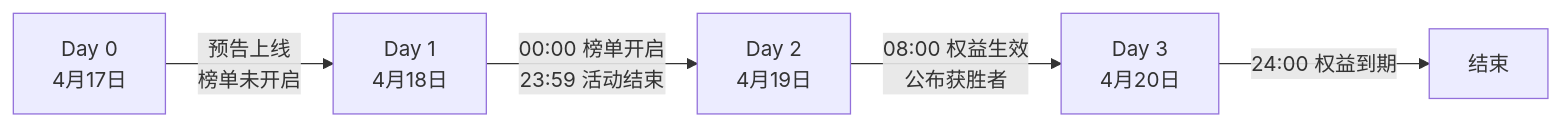
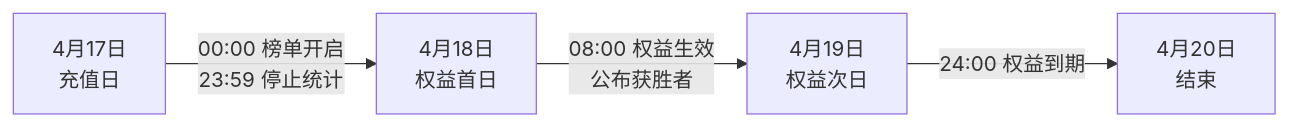
Before and after one commit to covetworld-png/dinoisland: the first of 3 diagrams in src/campaign/pages/005-01-monthly-recharge-king/PRD.md, drawn with Mermaid. The commit also changed other lines of this file, not shown here.

````diff
--- a/src/campaign/pages/005-01-monthly-recharge-king/PRD.md
+++ b/src/campaign/pages/005-01-monthly-recharge-king/PRD.md
@@ -24,7 +24,6 @@
 ```mermaid
 flowchart LR
-    A[Day 0<br/>4月17日] -->|预告上线<br/>榜单未开启| B[Day 1<br/>4月18日]
-    B -->|00:00 榜单开启<br/>23:59 活动结束| C[Day 2<br/>4月19日]
-    C -->|08:00 权益生效<br/>公布获胜者| D[Day 3<br/>4月20日]
-    D -->|24:00 权益到期| E[结束]
+    A[4月17日<br/>充值日] -->|00:00 榜单开启<br/>23:59 停止统计| B[4月18日<br/>权益首日]
+    B -->|08:00 权益生效<br/>公布获胜者| C[4月19日<br/>权益次日]
+    C -->|24:00 权益到期| D[4月20日<br/>结束]
 ```
````
